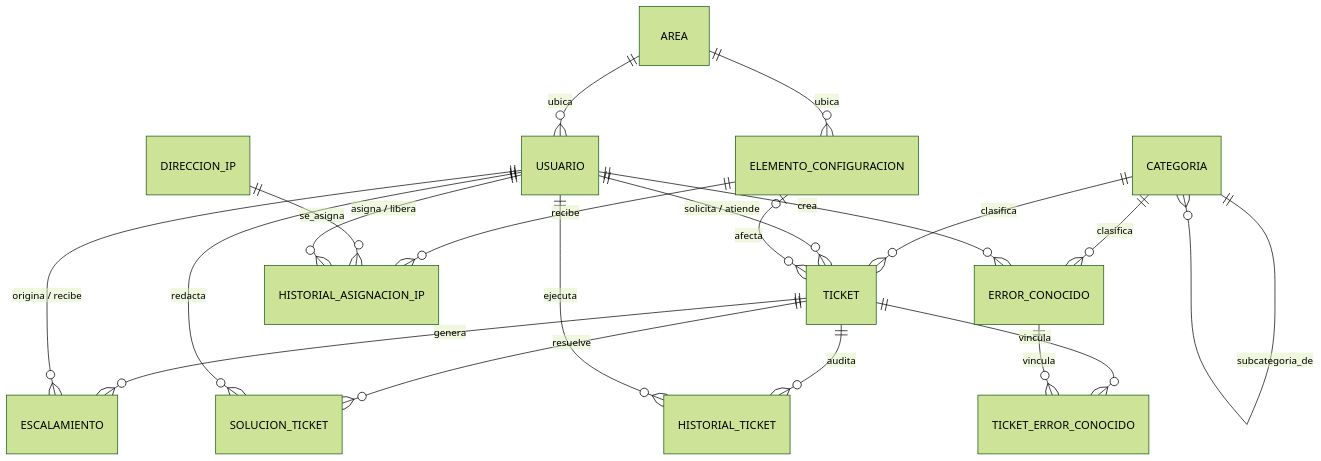
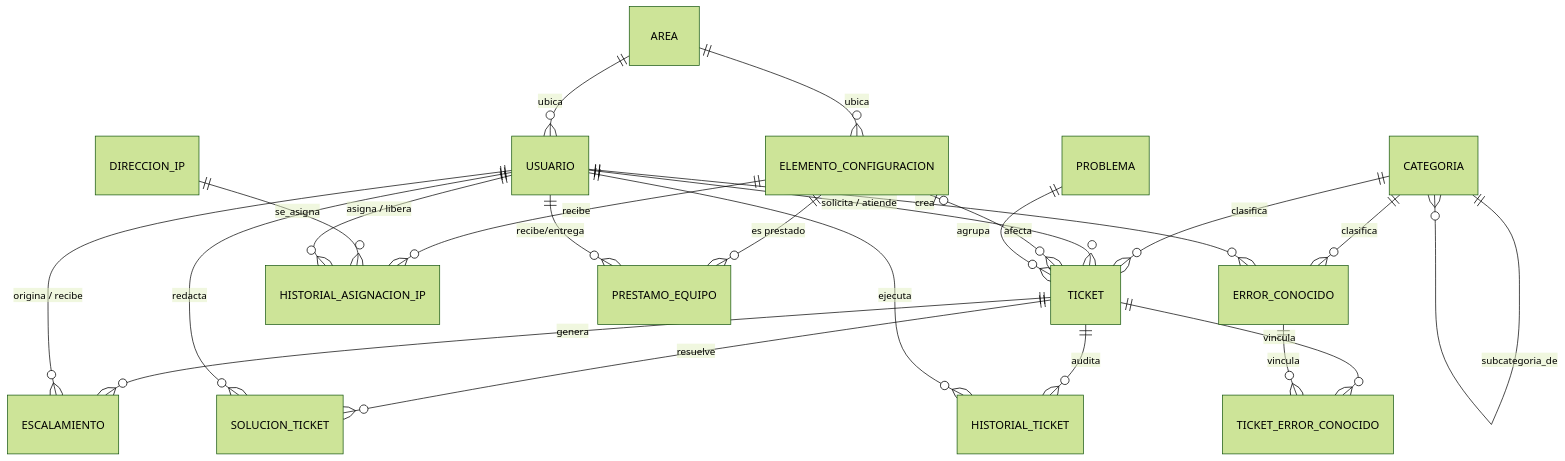
One commit to PauloMP-25/proyecto-gestion-ti changed the second of 2 diagrams in docs/diseno_base_datos.md. Above: the diagram before and after it, drawn with Mermaid (forest theme). The commit also changed other lines of this file and 3 other files, not shown here.

````diff
--- a/docs/diseno_base_datos.md
+++ b/docs/diseno_base_datos.md
@@ -150,22 +175,25 @@
 ```mermaid
 erDiagram
     AREA ||--o{ USUARIO : "ubica"
     AREA ||--o{ ELEMENTO_CONFIGURACION : "ubica"
     CATEGORIA ||--o{ CATEGORIA : "subcategoria_de"
     CATEGORIA ||--o{ TICKET : "clasifica"
     CATEGORIA ||--o{ ERROR_CONOCIDO : "clasifica"
     USUARIO ||--o{ TICKET : "solicita / atiende"
     ELEMENTO_CONFIGURACION |o--o{ TICKET : "afecta"
     ELEMENTO_CONFIGURACION ||--o{ HISTORIAL_ASIGNACION_IP : "recibe"
     DIRECCION_IP ||--o{ HISTORIAL_ASIGNACION_IP : "se_asigna"
     USUARIO ||--o{ HISTORIAL_ASIGNACION_IP : "asigna / libera"
     TICKET ||--o{ ESCALAMIENTO : "genera"
     USUARIO ||--o{ ESCALAMIENTO : "origina / recibe"
     TICKET ||--o{ SOLUCION_TICKET : "resuelve"
     USUARIO ||--o{ SOLUCION_TICKET : "redacta"
     TICKET ||--o{ HISTORIAL_TICKET : "audita"
     USUARIO ||--o{ HISTORIAL_TICKET : "ejecuta"
     USUARIO ||--o{ ERROR_CONOCIDO : "crea"
     TICKET ||--o{ TICKET_ERROR_CONOCIDO : "vincula"
     ERROR_CONOCIDO ||--o{ TICKET_ERROR_CONOCIDO : "vincula"
+    PROBLEMA ||--o{ TICKET : "agrupa"
+    ELEMENTO_CONFIGURACION ||--o{ PRESTAMO_EQUIPO : "es prestado"
+    USUARIO ||--o{ PRESTAMO_EQUIPO : "recibe/entrega"
 ```
````
